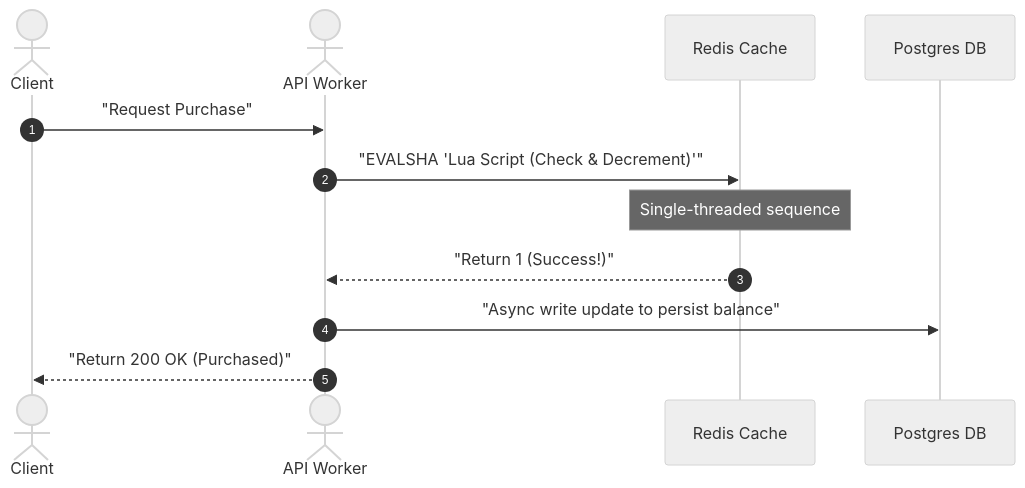
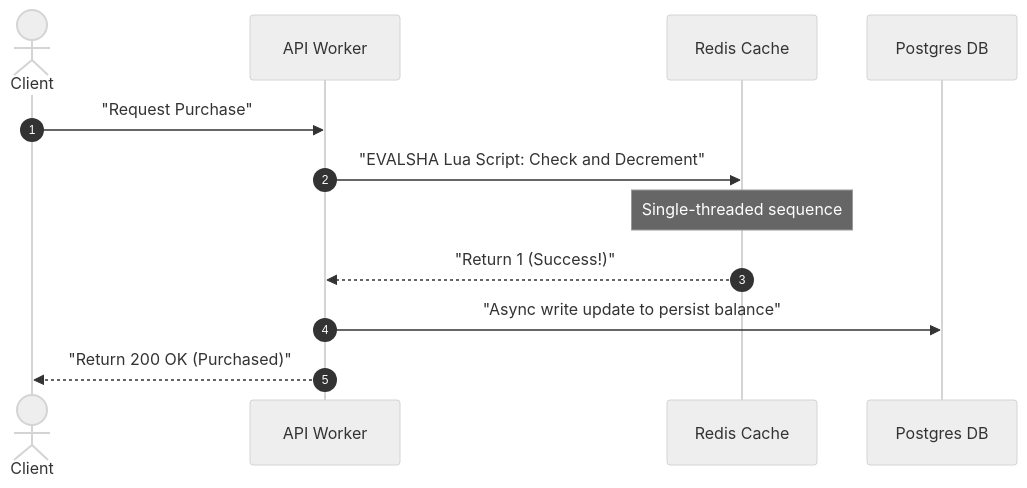
The third of 4 diagrams in Patterns/02_dealing_with_contention.md (weifengcao/deep_system_design), drawn with Mermaid (neutral theme) before and after one commit. The commit also changed 1 other file, not shown here.

Commit message:
fix: resolve remaining Mermaid rendering issues in 01 and 02
01_realtime_updates.md:
- Add explicit participant declarations to all 5 sequence diagrams
- Wrap all message bodies in double quotes (parentheses, colons, slashes
  in unquoted messages cause parse failures)
- Replace 'signaling_server' with short alias 'sig' (underscores in
  participant names can break some renderers)
- Remove nested single quotes and curly braces from SSE data messages
- Simplify WebSocket Note text to remove ws:// protocol notation

02_dealing_with_contention.md:
- Change 'actor App' to 'participant App' (actor renders a stick-figure;
  API Worker is a system component, not a person)
- Replace ampersand and nested quotes in EVALSHA message to avoid
  HTML entity conflicts and nested-quote parse errors

````diff
--- a/Patterns/02_dealing_with_contention.md
+++ b/Patterns/02_dealing_with_contention.md
@@ -103,15 +103,15 @@
 ```mermaid
 sequenceDiagram
     autonumber
     actor User as Client
-    actor App as API Worker
+    participant App as API Worker
     participant Redis as Redis Cache
     participant DB as Postgres DB
 
     User->>App: "Request Purchase"
-    App->>Redis: "EVALSHA 'Lua Script (Check & Decrement)'"
+    App->>Redis: "EVALSHA Lua Script: Check and Decrement"
     Note over Redis: Single-threaded sequence
     Redis-->>App: "Return 1 (Success!)"
     App->>DB: "Async write update to persist balance"
     App-->>User: "Return 200 OK (Purchased)"
 ```
````
